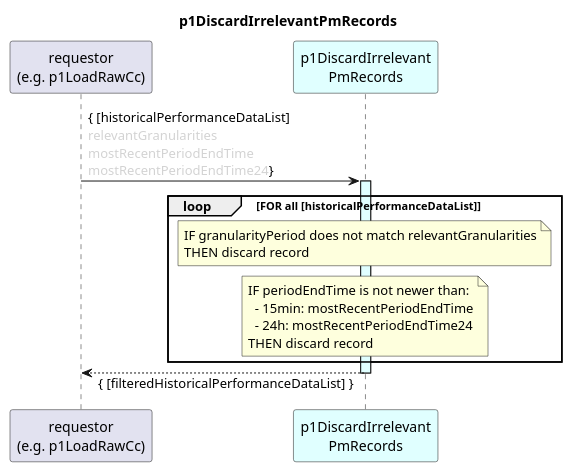
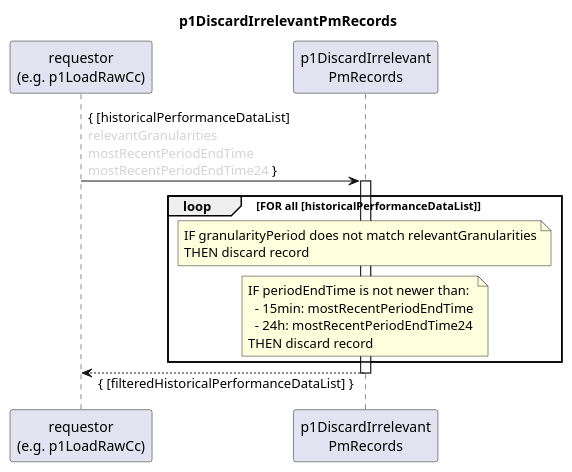
Before and after one commit to openBackhaul/DevicePerformanceManagementDataProcessor: the diagram in spec/Functions/p1StreamPmData/p1ProcessDevice/p1LoadRawCc/p1DiscardIrrelevantPmRecords/1.0.0/p1DiscardIrrelevantPmRecords.plantuml, drawn with PlantUML. The commit also changed 19 other files, not shown here.

```diff
--- a/spec/Functions/p1StreamPmData/p1ProcessDevice/p1LoadRawCc/p1DiscardIrrelevantPmRecords/1.0.0/p1DiscardIrrelevantPmRecords.plantuml
+++ b/spec/Functions/p1StreamPmData/p1ProcessDevice/p1LoadRawCc/p1DiscardIrrelevantPmRecords/1.0.0/p1DiscardIrrelevantPmRecords.plantuml
@@ -1,35 +1,35 @@
 @startuml p1DiscardIrrelevantPmRecords
 skinparam responseMessageBelowArrow true
 
 title
   p1DiscardIrrelevantPmRecords
 end title
 
 participant "requestor\n(e.g. p1LoadRawCc)" as requestor
-participant "p1DiscardIrrelevant\nPmRecords" as cur #LightCyan
+participant "p1DiscardIrrelevant\nPmRecords" as cur
 
 
-requestor -> cur: { [historicalPerformanceDataList]\n<color:LightGray>relevantGranularities\n<color:LightGray>mostRecentPeriodEndTime\n<color:LightGray>mostRecentPeriodEndTime24</color>}
-activate cur #LightCyan
+requestor -> cur: { [historicalPerformanceDataList]\n<color:LightGray>relevantGranularities\n<color:LightGray>mostRecentPeriodEndTime\n<color:LightGray>mostRecentPeriodEndTime24</color> }
+activate cur
 
 loop FOR all [historicalPerformanceDataList]
 
   note over cur
     IF granularityPeriod does not match relevantGranularities
     THEN discard record
   end note
 
   note over cur
     IF periodEndTime is not newer than:
       - 15min: mostRecentPeriodEndTime
       - 24h: mostRecentPeriodEndTime24
     THEN discard record
   end note
 
 end loop
 
 requestor <-- cur: { [filteredHistoricalPerformanceDataList] }
 
 deactivate cur
 
 @enduml
```
